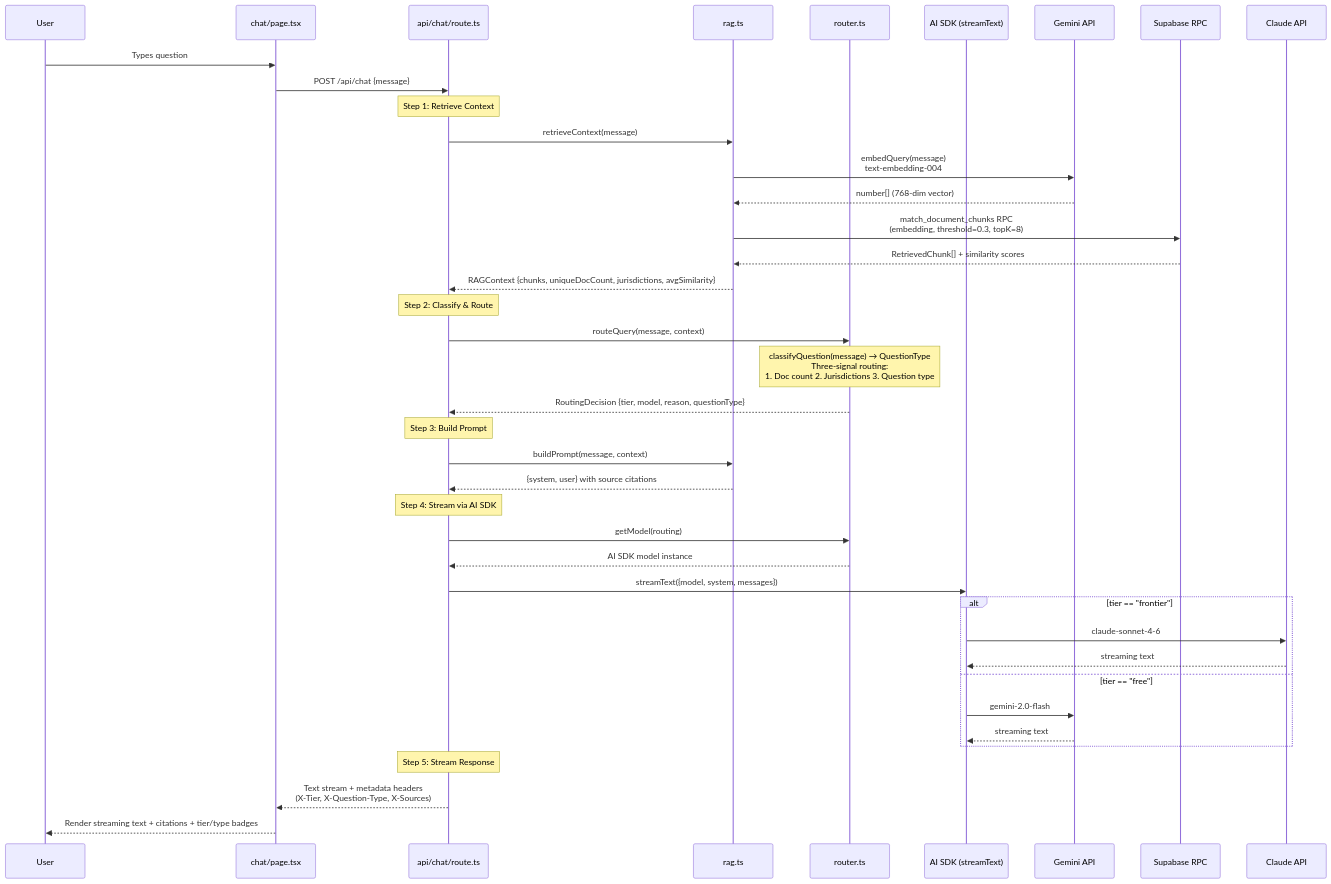
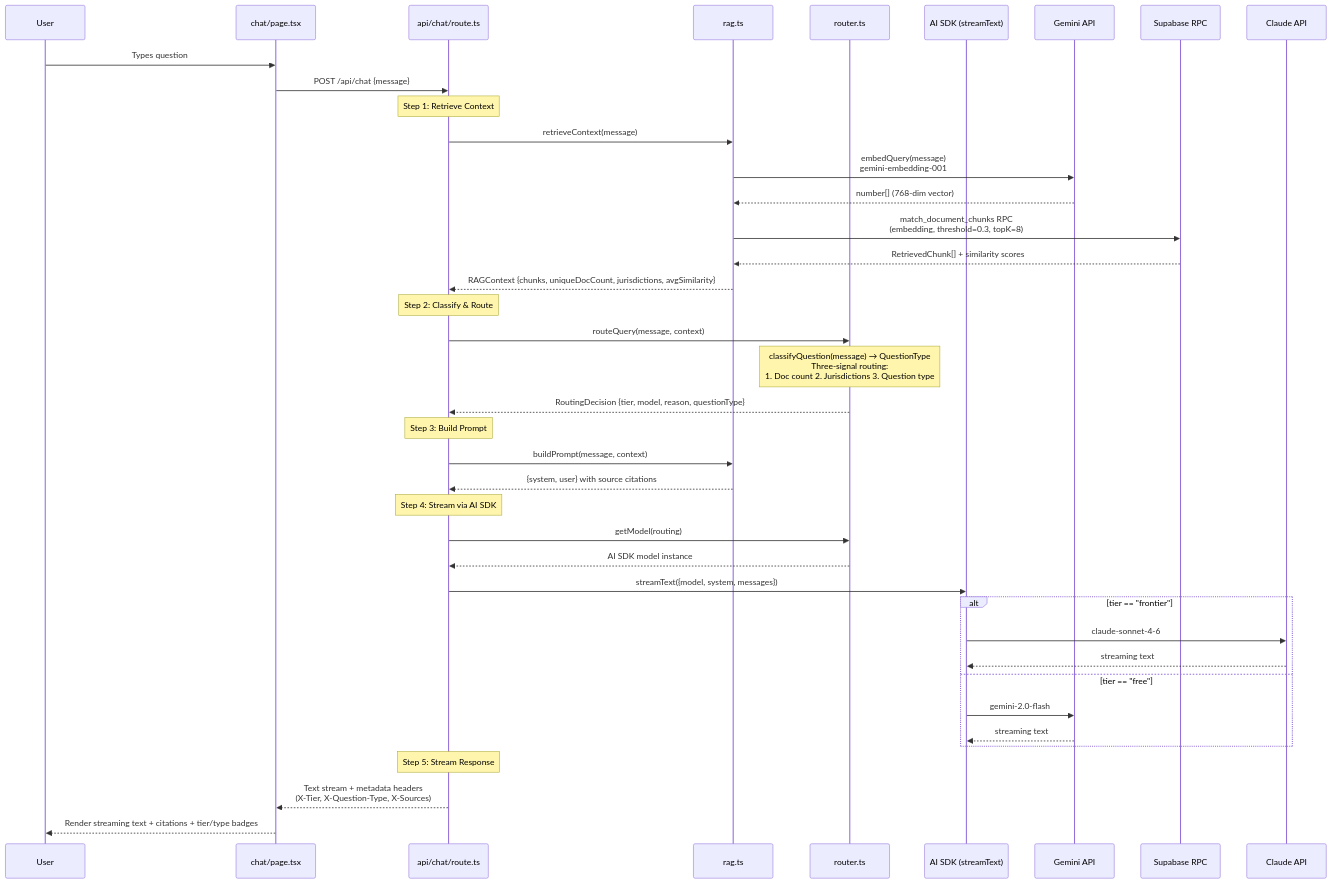
Before and after one commit to t0sche/civic-lens: the sixth of 7 diagrams in docs/LOGIC_FLOW.md, drawn with Mermaid. The commit also changed other lines of this file and 5 other files, not shown here.

First line of the commit message:
fix(embedder): migrate from deprecated text-embedding-004 to gemini-embedding-001

````diff
--- a/docs/LOGIC_FLOW.md
+++ b/docs/LOGIC_FLOW.md
@@ -682,48 +682,48 @@
 ```mermaid
 sequenceDiagram
     participant User
     participant ChatPage as chat/page.tsx
     participant API as api/chat/route.ts
     participant RAG as rag.ts
     participant Router as router.ts
     participant AISDK as AI SDK (streamText)
     participant Gemini as Gemini API
     participant Supabase as Supabase RPC
     participant Claude as Claude API
 
     User->>ChatPage: Types question
     ChatPage->>API: POST /api/chat {message}
 
     Note over API: Step 1: Retrieve Context
     API->>RAG: retrieveContext(message)
-    RAG->>Gemini: embedQuery(message)<br/>text-embedding-004
+    RAG->>Gemini: embedQuery(message)<br/>gemini-embedding-001
     Gemini-->>RAG: number[] (768-dim vector)
     RAG->>Supabase: match_document_chunks RPC<br/>(embedding, threshold=0.3, topK=8)
     Supabase-->>RAG: RetrievedChunk[] + similarity scores
     RAG-->>API: RAGContext {chunks, uniqueDocCount, jurisdictions, avgSimilarity}
 
     Note over API: Step 2: Classify & Route
     API->>Router: routeQuery(message, context)
     Note over Router: classifyQuestion(message) → QuestionType<br/>Three-signal routing:<br/>1. Doc count 2. Jurisdictions 3. Question type
     Router-->>API: RoutingDecision {tier, model, reason, questionType}
 
     Note over API: Step 3: Build Prompt
     API->>RAG: buildPrompt(message, context)
     RAG-->>API: {system, user} with source citations
 
     Note over API: Step 4: Stream via AI SDK
     API->>Router: getModel(routing)
     Router-->>API: AI SDK model instance
     API->>AISDK: streamText({model, system, messages})
     alt tier == "frontier"
         AISDK->>Claude: claude-sonnet-4-6
         Claude-->>AISDK: streaming text
     else tier == "free"
         AISDK->>Gemini: gemini-2.0-flash
         Gemini-->>AISDK: streaming text
     end
 
     Note over API: Step 5: Stream Response
     API-->>ChatPage: Text stream + metadata headers<br/>(X-Tier, X-Question-Type, X-Sources)
     ChatPage-->>User: Render streaming text + citations + tier/type badges
 ```
````
